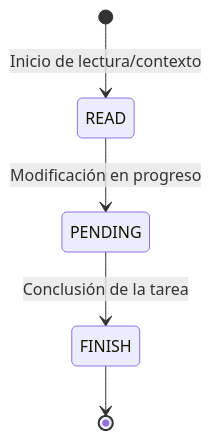
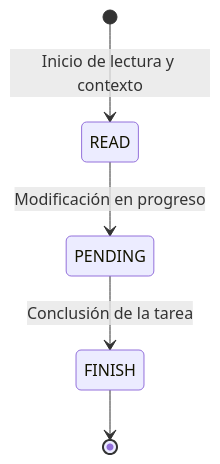
The diagram in docs/reference/logger.md (GountzJs/gountz-ia), drawn with Mermaid before and after one commit. The commit also changed 14 other files, not shown here.

````diff
--- a/docs/reference/logger.md
+++ b/docs/reference/logger.md
@@ -79,7 +79,7 @@
 ```mermaid
 stateDiagram-v2
-    [*] --> READ: Inicio de lectura/contexto
+    [*] --> READ: Inicio de lectura y contexto
     READ --> PENDING: Modificación en progreso
     PENDING --> FINISH: Conclusión de la tarea
     FINISH --> [*]
 ```
````
